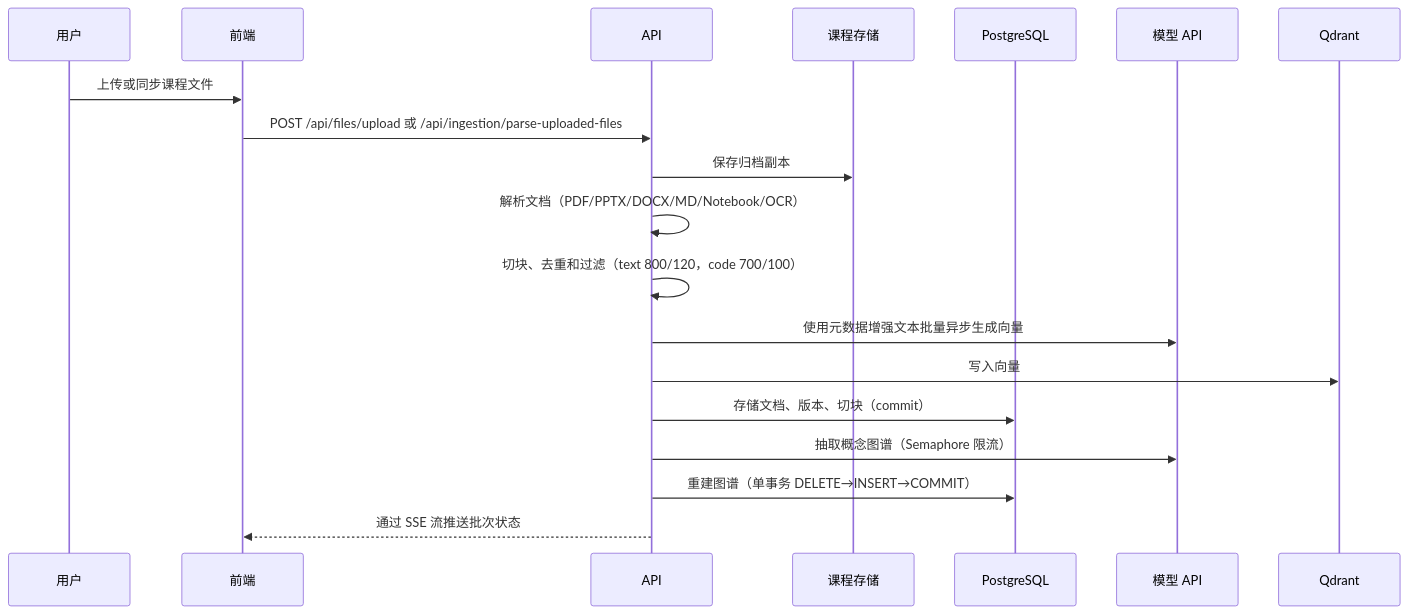
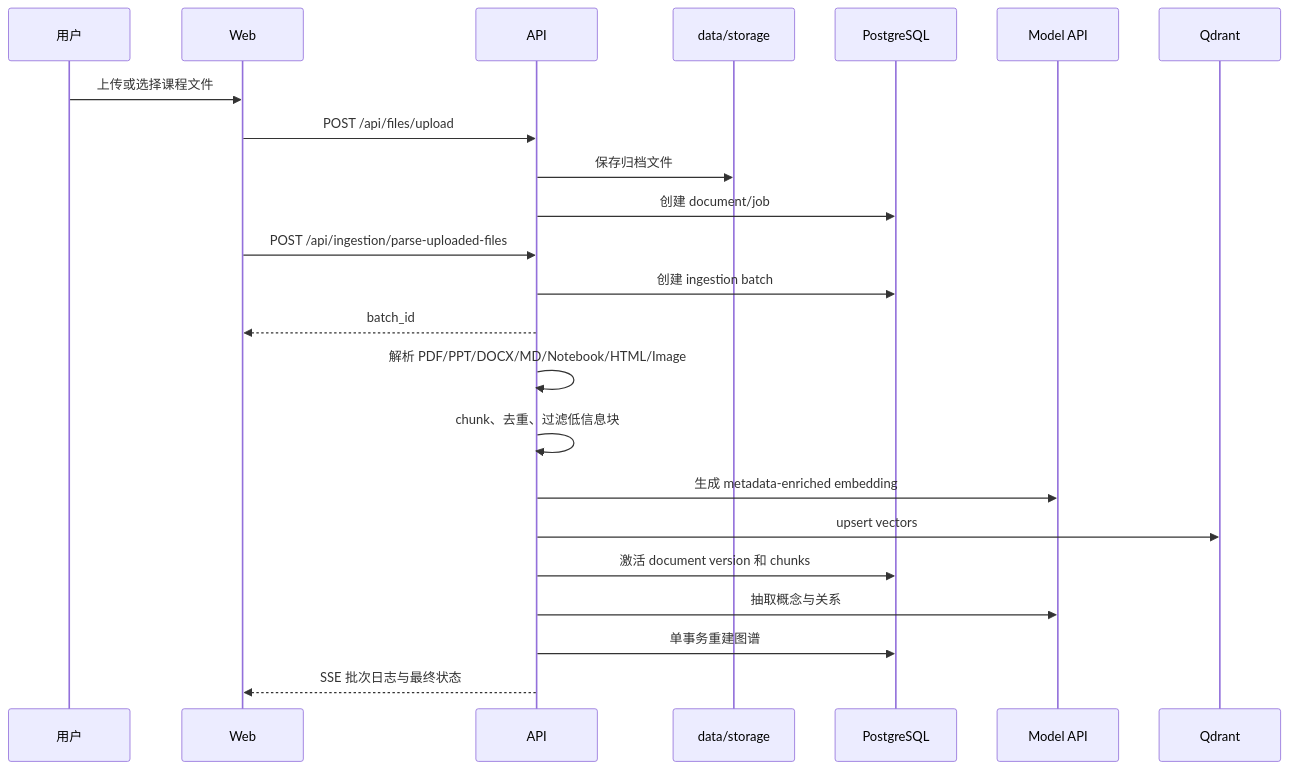
One commit to Sggggt/DialoGraph changed the fourth of 7 diagrams in README.md. Above: the diagram before and after it, drawn with Mermaid. The commit also changed other lines of this file and 26 other files, not shown here.

````diff
--- a/README.md
+++ b/README.md
@@ -321,22 +158,26 @@
 ```mermaid
 sequenceDiagram
-    participant 用户
-    participant 前端
-    participant API
-    participant 文件存储 as 课程存储
-    participant 数据库 as PostgreSQL
-    participant 模型 as 模型 API
-    participant Qdrant
+    participant User as 用户
+    participant Web as Web
+    participant API as API
+    participant FS as data/storage
+    participant DB as PostgreSQL
+    participant Model as Model API
+    participant Qdrant as Qdrant
 
-    用户->>前端: 上传或同步课程文件
-    前端->>API: POST /api/files/upload 或 /api/ingestion/parse-uploaded-files
-    API->>文件存储: 保存归档副本
-    API->>API: 解析文档（PDF/PPTX/DOCX/MD/Notebook/OCR）
-    API->>API: 切块、去重和过滤（text 800/120，code 700/100）
-    API->>模型: 使用元数据增强文本批量异步生成向量
-    API->>Qdrant: 写入向量
-    API->>数据库: 存储文档、版本、切块（commit）
-    API->>模型: 抽取概念图谱（Semaphore 限流）
-    API->>数据库: 重建图谱（单事务 DELETE→INSERT→COMMIT）
-    API-->>前端: 通过 SSE 流推送批次状态
+    User->>Web: 上传或选择课程文件
+    Web->>API: POST /api/files/upload
+    API->>FS: 保存归档文件
+    API->>DB: 创建 document/job
+    Web->>API: POST /api/ingestion/parse-uploaded-files
+    API->>DB: 创建 ingestion batch
+    API-->>Web: batch_id
+    API->>API: 解析 PDF/PPT/DOCX/MD/Notebook/HTML/Image
+    API->>API: chunk、去重、过滤低信息块
+    API->>Model: 生成 metadata-enriched embedding
+    API->>Qdrant: upsert vectors
+    API->>DB: 激活 document version 和 chunks
+    API->>Model: 抽取概念与关系
+    API->>DB: 单事务重建图谱
+    API-->>Web: SSE 批次日志与最终状态
 ```
````
